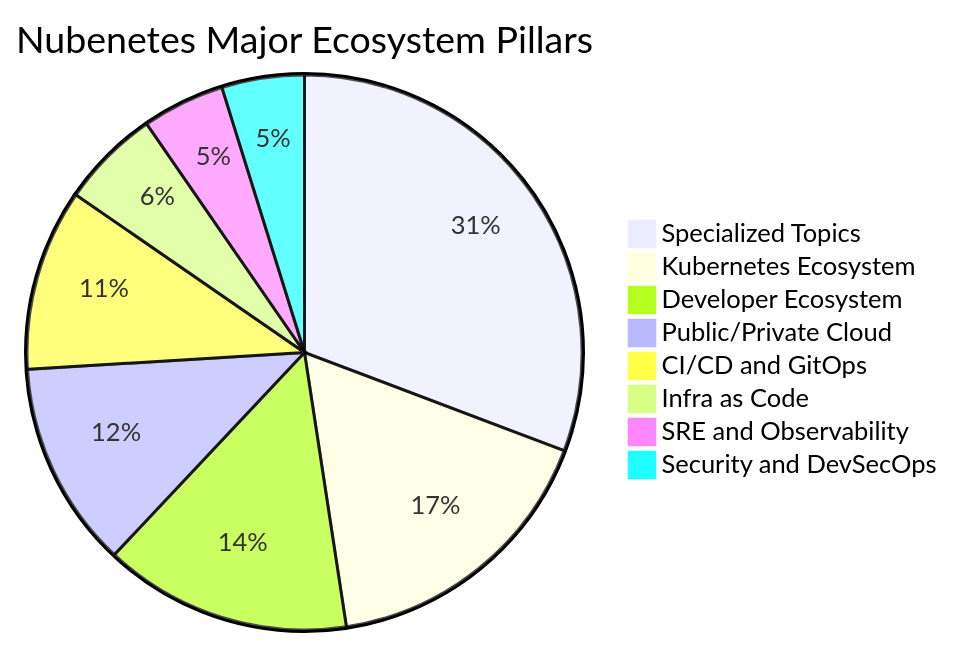
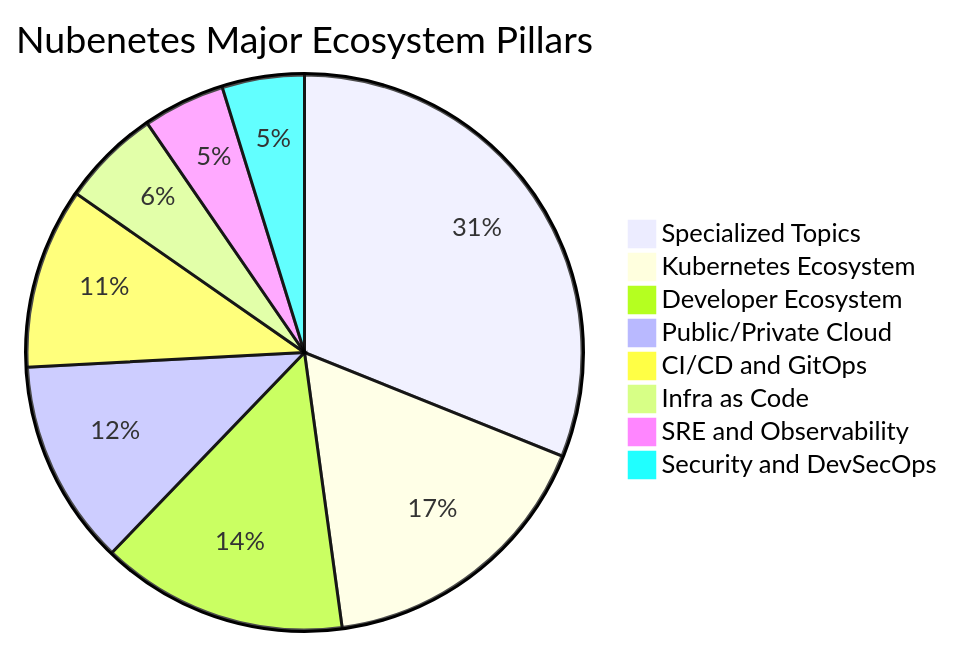
Before and after one commit to nubenetes/awesome-kubernetes: the second of 14 diagrams in README.md, drawn with Mermaid. The commit also changed other lines of this file, not shown here.

````diff
--- a/README.md
+++ b/README.md
@@ -308,11 +308,11 @@
 ```mermaid
 pie title Nubenetes Major Ecosystem Pillars
-    "Specialized Topics" : 6396
+    "Specialized Topics" : 6495
     "Kubernetes Ecosystem" : 3500
     "Developer Ecosystem" : 3000
     "Public/Private Cloud" : 2500
     "CI/CD and GitOps" : 2200
     "Infra as Code" : 1200
     "SRE and Observability" : 1000
     "Security and DevSecOps" : 1000
 ```
````
